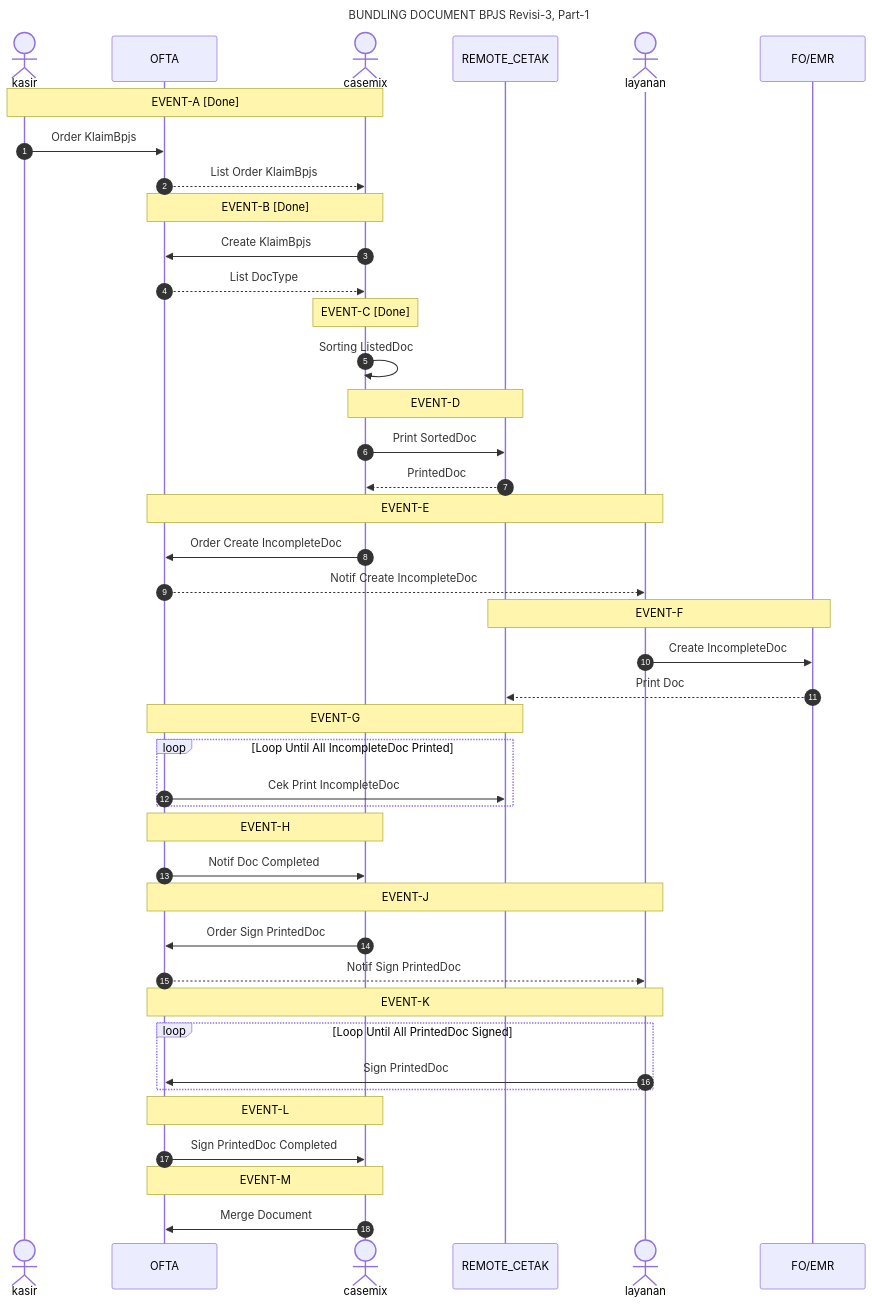
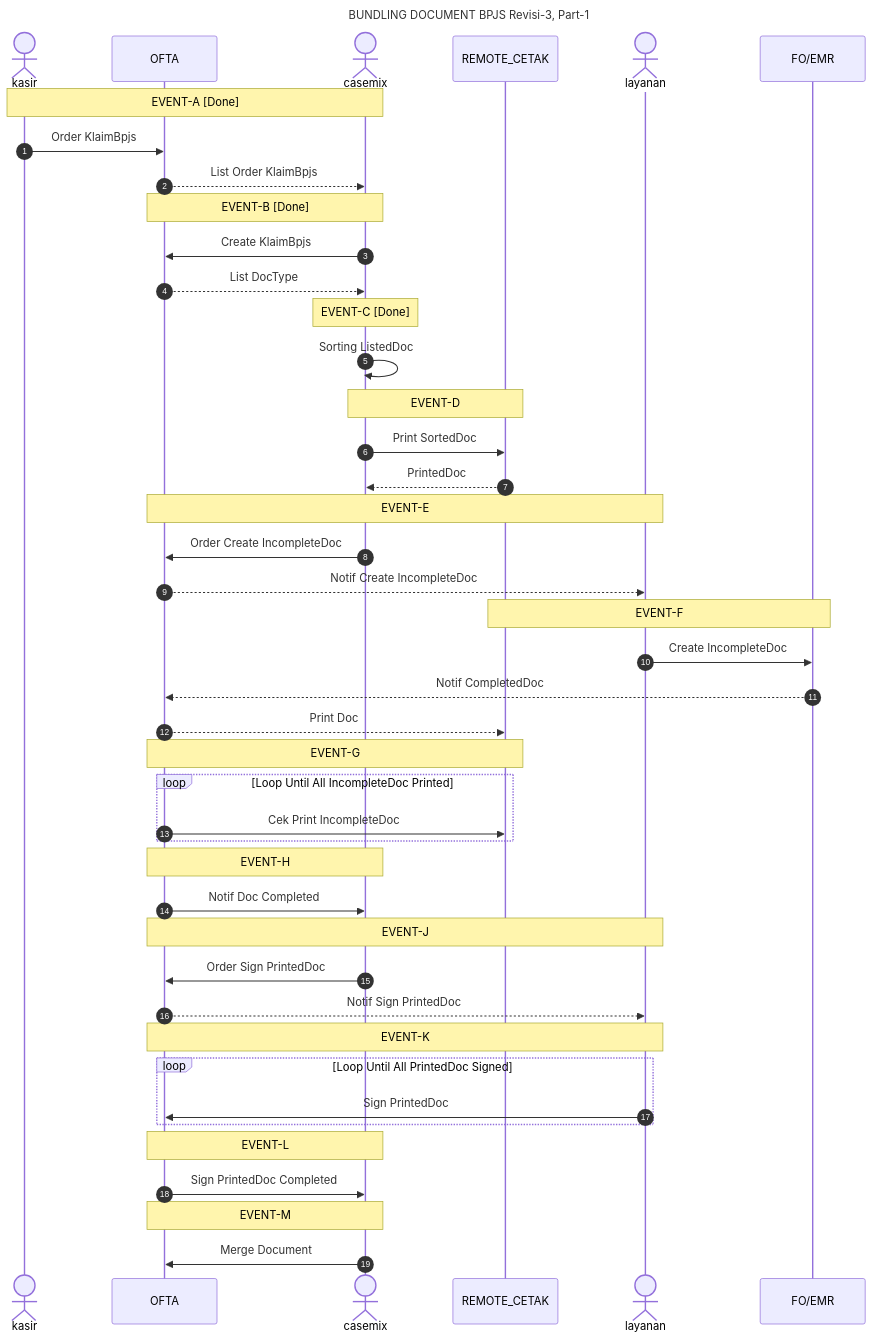
Before and after one commit to smart-ics/b005-ofta-api: the fourth of 6 diagrams in readme.md, drawn with Mermaid.

Commit message:
Update readme.md
Penyesuaian Alur Event F

````diff
--- a/readme.md
+++ b/readme.md
@@ -108,58 +108,59 @@
 ```mermaid
 sequenceDiagram
     title BUNDLING DOCUMENT BPJS Revisi-3, Part-1
     actor kasir
     participant OFTA
     actor casemix
     participant REMOTE_CETAK
     actor layanan
     participant FO/EMR
     autonumber 1
 
     note over kasir, casemix: EVENT-A [Done]
     kasir ->> OFTA: Order KlaimBpjs 
     OFTA -->> casemix: List Order KlaimBpjs 
 
     note over OFTA, casemix: EVENT-B [Done]
     casemix ->> OFTA: Create KlaimBpjs
     OFTA -->> casemix: List DocType
 
     note over casemix: EVENT-C [Done]
     casemix ->> casemix: Sorting ListedDoc
     
     note over casemix, REMOTE_CETAK: EVENT-D
     casemix ->> REMOTE_CETAK: Print SortedDoc
     REMOTE_CETAK -->> casemix : PrintedDoc
 
     note over OFTA, layanan: EVENT-E
     casemix ->> OFTA: Order Create IncompleteDoc 
     OFTA -->> layanan: Notif Create IncompleteDoc
     
     note over REMOTE_CETAK, FO/EMR: EVENT-F
     layanan ->> FO/EMR : Create IncompleteDoc
-    FO/EMR -->> REMOTE_CETAK: Print Doc
+    FO/EMR -->> OFTA: Notif CompletedDoc
+    OFTA -->> REMOTE_CETAK: Print Doc
 
     note over OFTA, REMOTE_CETAK: EVENT-G
     loop Loop Until All IncompleteDoc Printed
         OFTA ->> REMOTE_CETAK : Cek Print IncompleteDoc
     end
     
     note over OFTA, casemix: EVENT-H
     OFTA ->> casemix : Notif Doc Completed
 
     note over OFTA, layanan: EVENT-J
     casemix ->> OFTA: Order Sign PrintedDoc
     OFTA -->> layanan: Notif Sign PrintedDoc
 
 
     note over OFTA, layanan: EVENT-K
     loop Loop Until All PrintedDoc Signed
         layanan ->> OFTA: Sign PrintedDoc
     end
 
     note over OFTA, casemix: EVENT-L
     OFTA ->> casemix: Sign PrintedDoc Completed
 
     note over OFTA, casemix: EVENT-M
     casemix ->> OFTA: Merge Document
 ```
````
